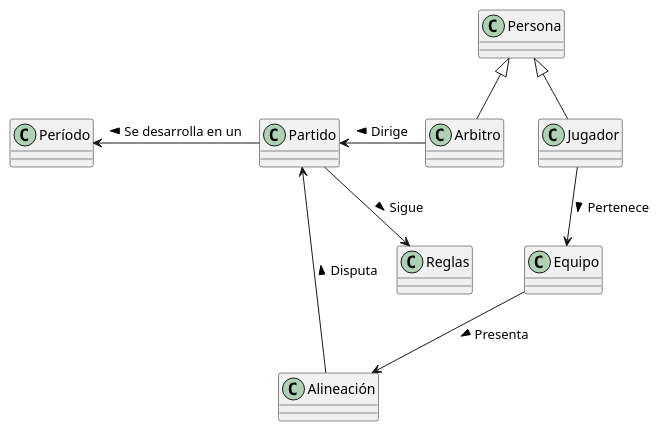
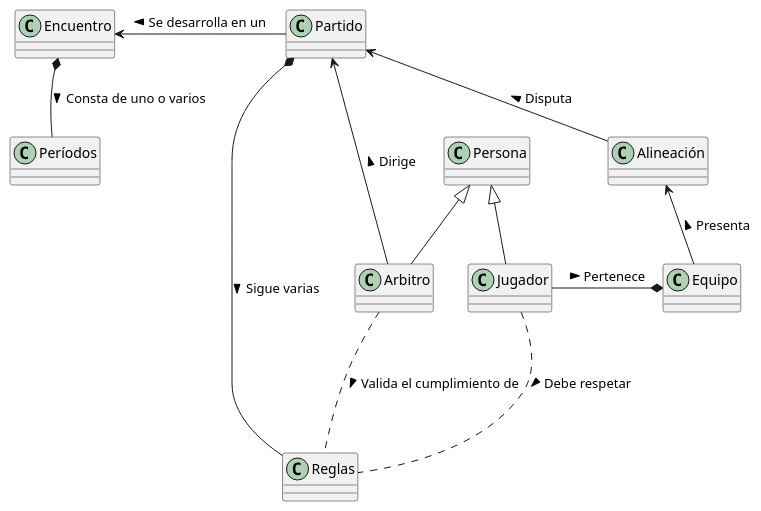
The diagram in actividades/001-futbol/ibuprofenoFernandez/modeloDelDominio.puml (mmasias/IdSw1-22-23), drawn with PlantUML before and after one commit.

```diff
--- a/actividades/001-futbol/ibuprofenoFernandez/modeloDelDominio.puml
+++ b/actividades/001-futbol/ibuprofenoFernandez/modeloDelDominio.puml
@@ -1,19 +1,22 @@
 @startuml
 
-Partido  -l-> Período : Se desarrolla en un >
-Partido --> Reglas : Sigue >
+Partido  -l-> Encuentro: Se desarrolla en un >
+Encuentro *-d- Períodos : Consta de uno o varios >
 
+Partido *-- Reglas : Sigue varias >
 
-Partido <-r- Alineación  : Disputa <
-Partido <-r- Arbitro  : Dirige <
+Partido <-- Alineación  : Disputa <
+Partido <--- Arbitro  : Dirige <
 
+Equipo -u-> Alineación : Presenta >
 
-Equipo --> Alineación : Presenta >
-
-Jugador --> Equipo : Pertenece >
-
+Jugador -r-* Equipo : Pertenece >
 
 Persona <|-- Arbitro
 Persona <|-- Jugador
 
+
+Arbitro ... Reglas : Valida el cumplimiento de >
+Jugador ... Reglas : Debe respetar >
+
 @enduml
```
